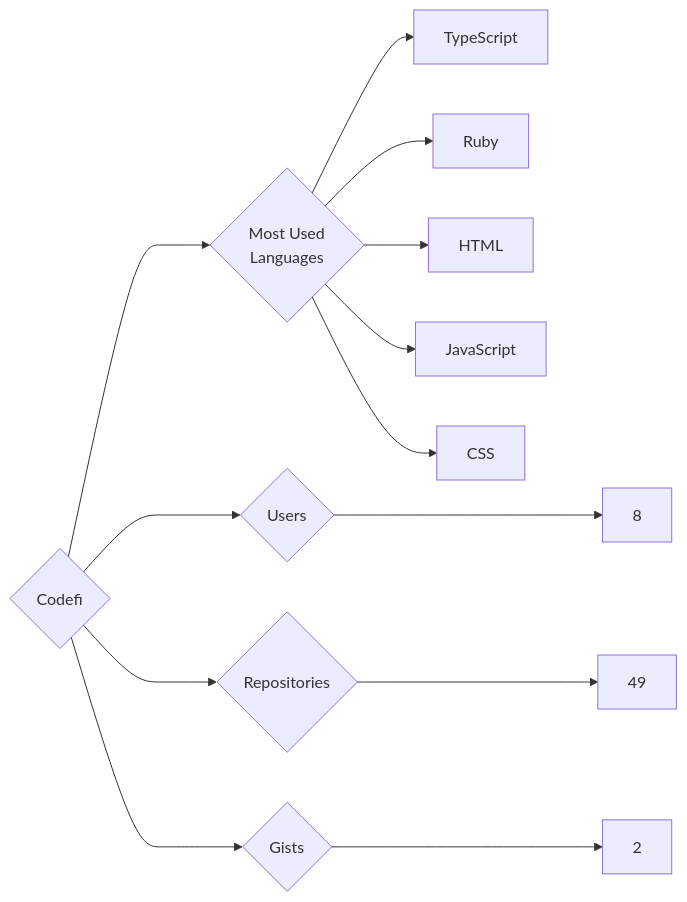
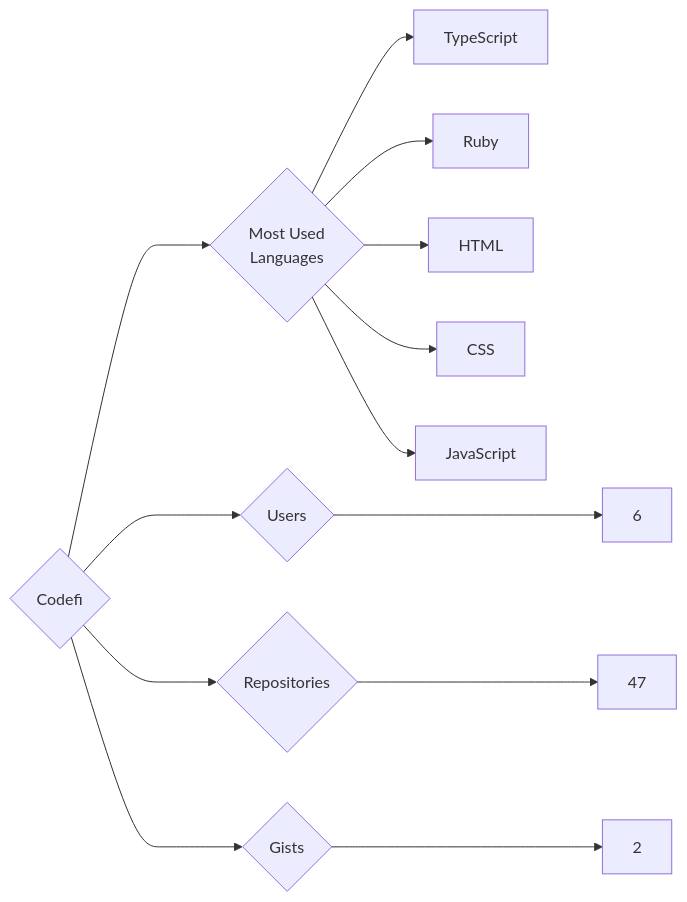
One commit to trickest/insiders changed the diagram in targets/Codefi/README.md. Above: the diagram before and after it, drawn with Mermaid. The commit also changed 998 other files, not shown here.

````diff
--- a/targets/Codefi/README.md
+++ b/targets/Codefi/README.md
@@ -3,13 +3,13 @@
 ```mermaid
 graph LR
 COMPANY_NAME{Codefi}
-COMPANY_NAME ---> U{Users} ---> UN[8]
-COMPANY_NAME ---> R{Repositories} ---> RN[49]
+COMPANY_NAME ---> U{Users} ---> UN[6]
+COMPANY_NAME ---> R{Repositories} ---> RN[47]
 COMPANY_NAME ---> G{Gists} ---> GN[2]
 COMPANY_NAME ---> ML{Most Used<br>Languages}
 ML --> TypeScript[TypeScript]
 ML --> Ruby[Ruby]
 ML --> HTML[HTML]
+ML --> CSS[CSS]
 ML --> JavaScript[JavaScript]
-ML --> CSS[CSS]
 ```
````
